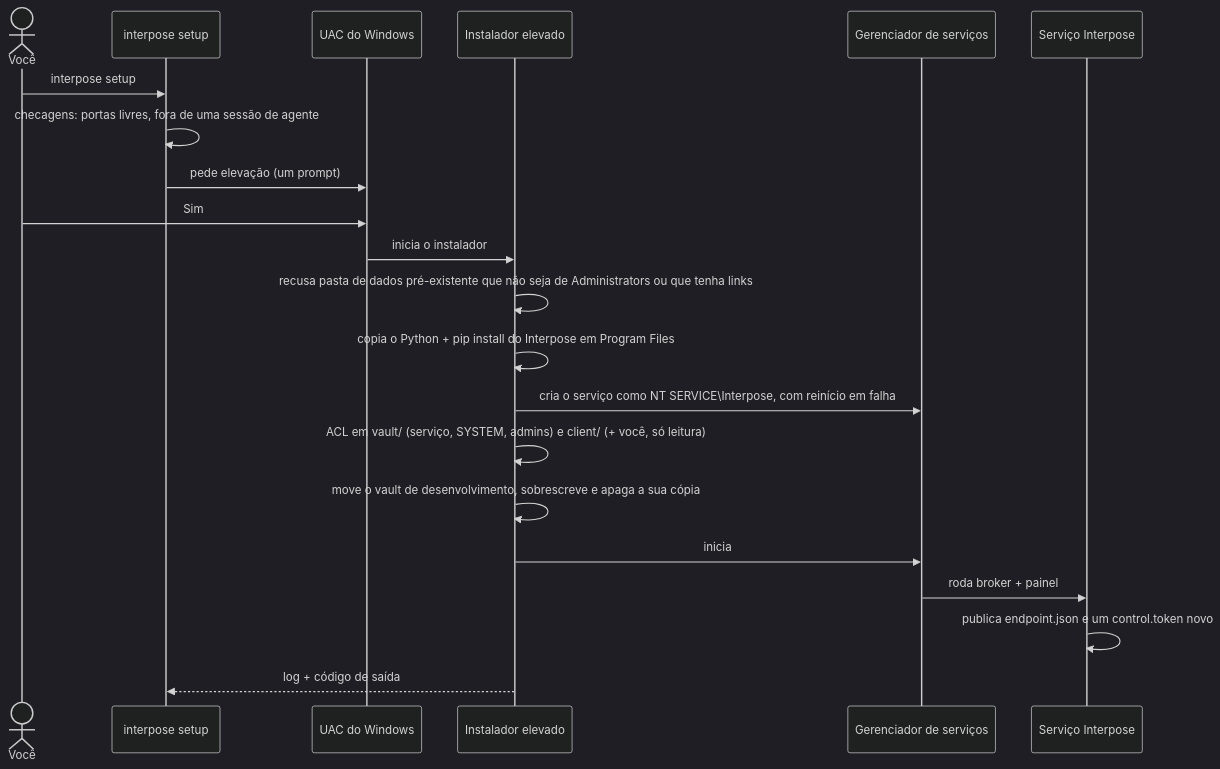
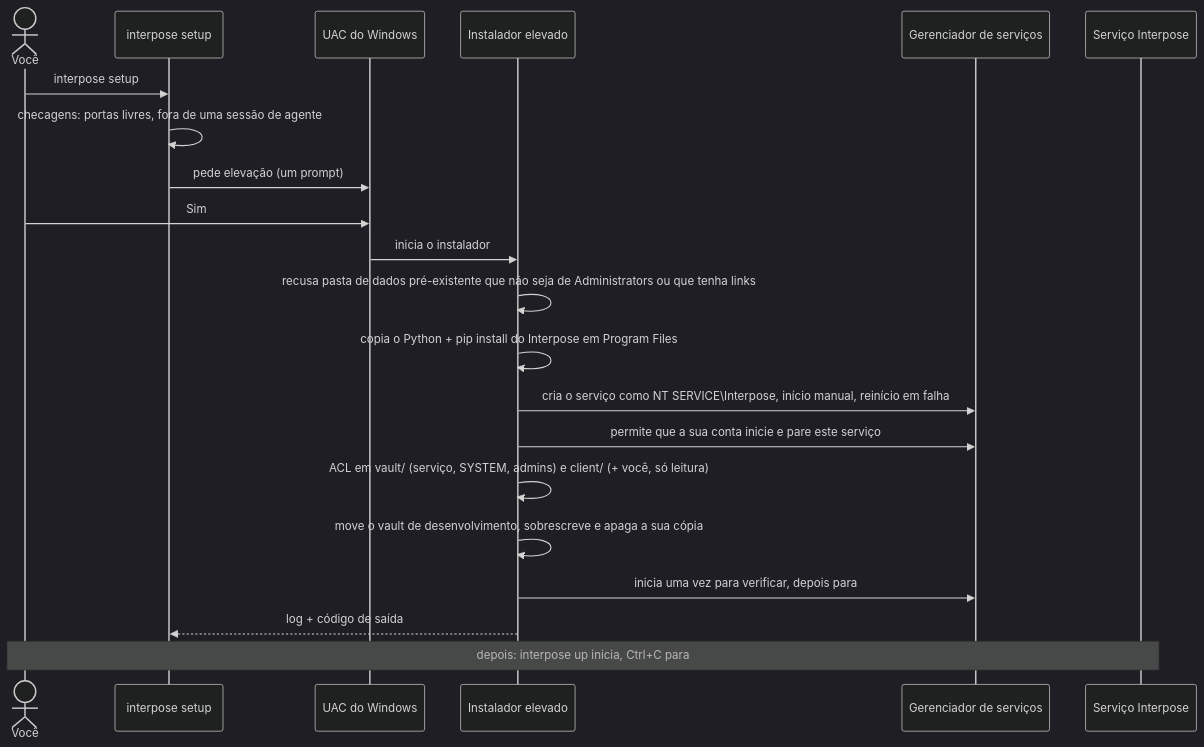
One commit to Coelhomicka/interpose-agent changed the second of 4 diagrams in docs/pt-br/ARCHITECTURE.md. Above: the diagram before and after it, drawn with Mermaid (dark theme). The commit also changed other lines of this file and 15 other files, not shown here.

````diff
--- a/docs/pt-br/ARCHITECTURE.md
+++ b/docs/pt-br/ARCHITECTURE.md
@@ -91,24 +91,24 @@
 ```mermaid
 sequenceDiagram
     actor U as Você
     participant CLI as interpose setup
     participant UAC as UAC do Windows
     participant E as Instalador elevado
     participant SCM as Gerenciador de serviços
     participant S as Serviço Interpose
 
     U->>CLI: interpose setup
     CLI->>CLI: checagens: portas livres, fora de uma sessão de agente
     CLI->>UAC: pede elevação (um prompt)
     U->>UAC: Sim
     UAC->>E: inicia o instalador
     E->>E: recusa pasta de dados pré-existente que não seja de Administrators ou que tenha links
     E->>E: copia o Python + pip install do Interpose em Program Files
-    E->>SCM: cria o serviço como NT SERVICE\Interpose, com reinício em falha
+    E->>SCM: cria o serviço como NT SERVICE\Interpose, início manual, reinício em falha
+    E->>SCM: permite que a sua conta inicie e pare este serviço
     E->>E: ACL em vault/ (serviço, SYSTEM, admins) e client/ (+ você, só leitura)
     E->>E: move o vault de desenvolvimento, sobrescreve e apaga a sua cópia
-    E->>SCM: inicia
-    SCM->>S: roda broker + painel
-    S->>S: publica endpoint.json e um control.token novo
+    E->>SCM: inicia uma vez para verificar, depois para
     E-->>CLI: log + código de saída
+    Note over U,S: depois: interpose up inicia, Ctrl+C para
 ```
````
